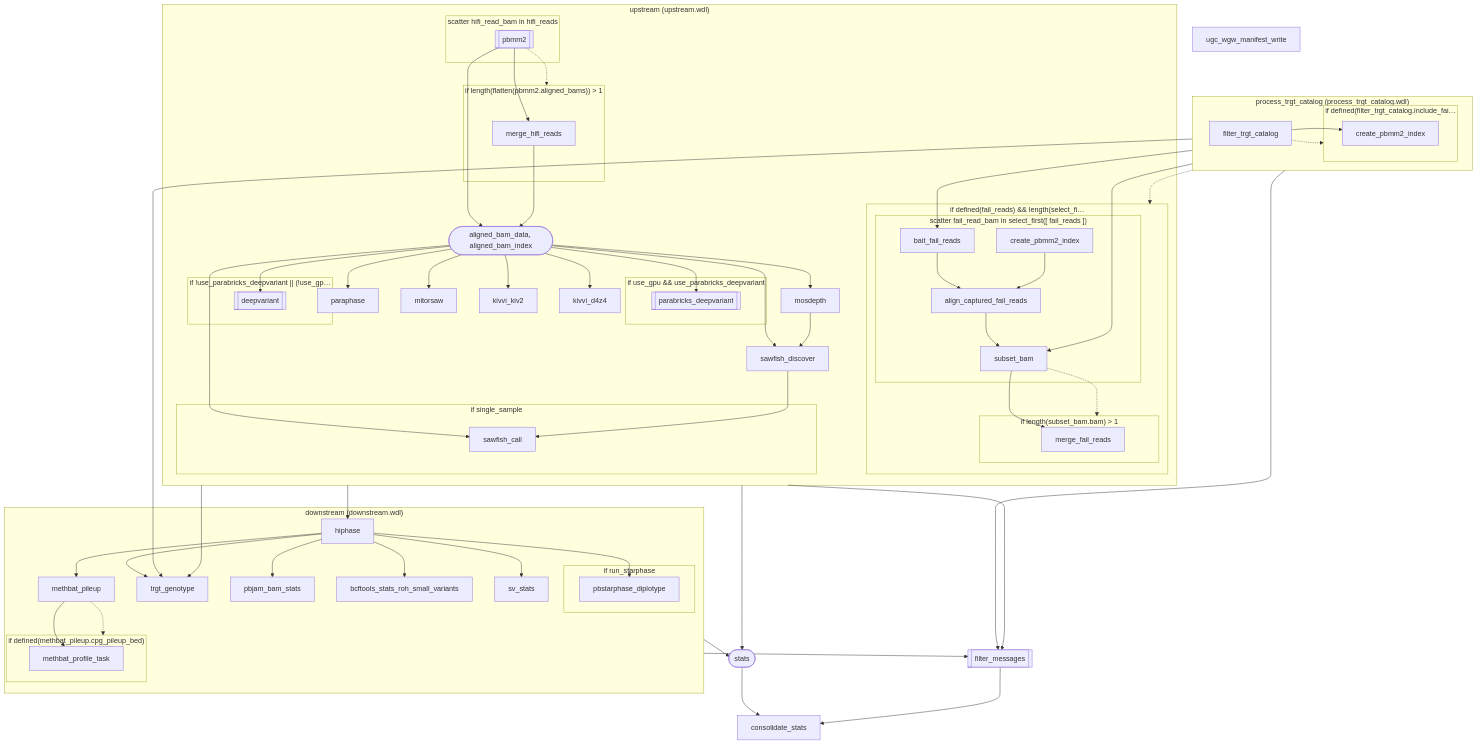
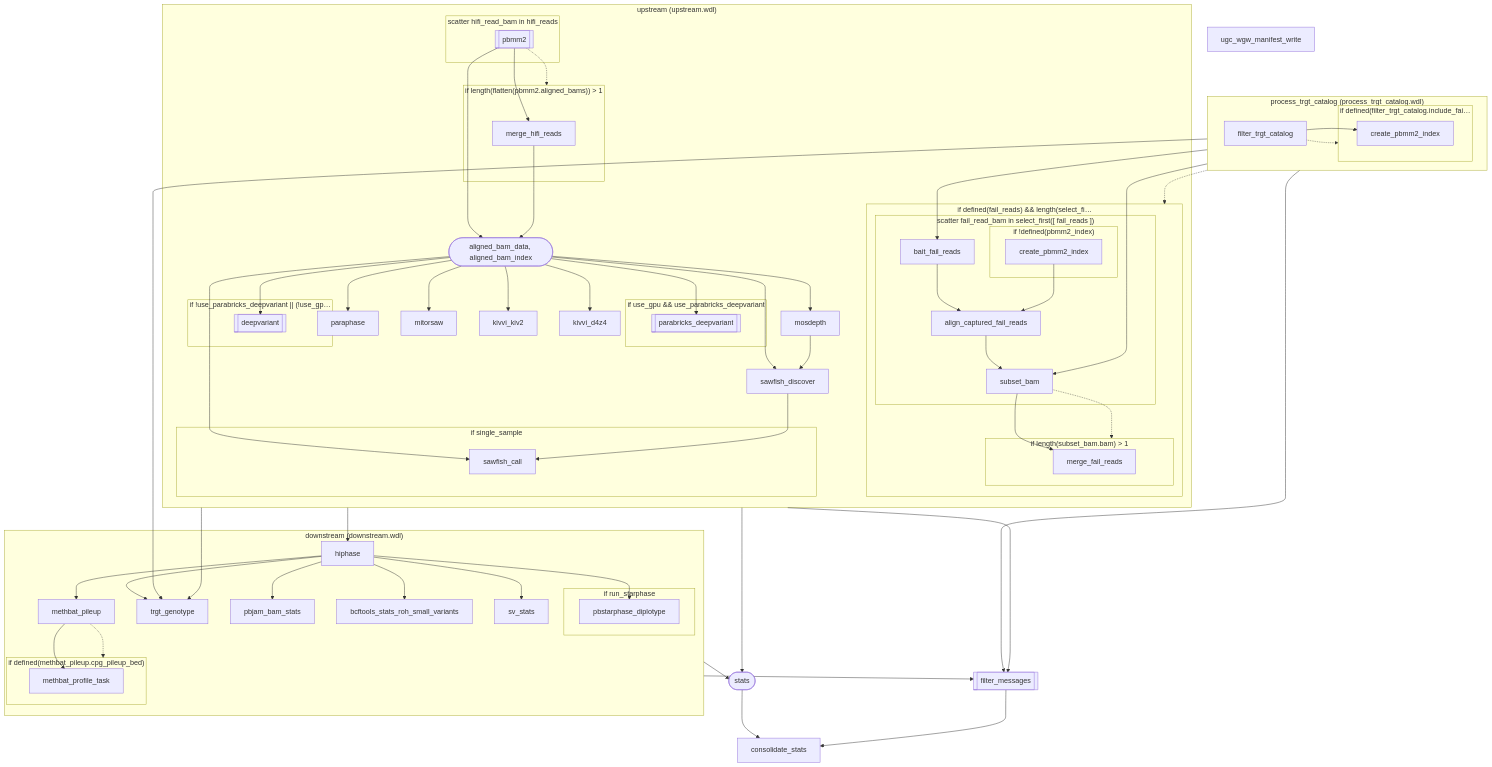
One commit to UppsalaGenomeCenter/ugc-wgw changed the first of 7 diagrams in docs/guide/workflow-graphs.md. Above: the diagram before and after it, drawn with Mermaid. The commit also changed other lines of this file and 17 other files, not shown here.

````diff
--- a/docs/guide/workflow-graphs.md
+++ b/docs/guide/workflow-graphs.md
@@ -66,11 +66,13 @@
     subgraph s8["if defined(fail_reads) #38;#38; length(select_fi…"]
       subgraph s9["scatter fail_read_bam in select_first([ fail_reads ])"]
         n10["bait_fail_reads"]
-        n11["create_pbmm2_index"]
+        subgraph s10["if !defined(pbmm2_index)"]
+          n11["create_pbmm2_index"]
+        end
         n12["align_captured_fail_reads"]
         n13["subset_bam"]
       end
-      subgraph s10["if length(subset_bam.bam) #gt; 1"]
+      subgraph s11["if length(subset_bam.bam) #gt; 1"]
         n14["merge_fail_reads"]
       end
     end
@@ -78,21 +80,21 @@
     n16["mitorsaw"]
     n17["kivvi_kiv2"]
     n18["kivvi_d4z4"]
-    subgraph s11["if single_sample"]
+    subgraph s12["if single_sample"]
       n19["sawfish_call"]
     end
   end
-  subgraph s12["downstream (downstream.wdl)"]
+  subgraph s13["downstream (downstream.wdl)"]
     n20["hiphase"]
     n21["trgt_genotype"]
     n22["pbjam_bam_stats"]
     n23["bcftools_stats_roh_small_variants"]
     n24["sv_stats"]
     n25["methbat_pileup"]
-    subgraph s13["if defined(methbat_pileup.cpg_pileup_bed)"]
+    subgraph s14["if defined(methbat_pileup.cpg_pileup_bed)"]
       n26["methbat_profile_task"]
     end
-    subgraph s14["if run_starphase"]
+    subgraph s15["if run_starphase"]
       n27["pbstarphase_diplotype"]
     end
   end
@@ -121,7 +123,7 @@
   n11 --> n12
   n12 --> n13
   n13 --> n14
-  n13 -.-> s10
+  n13 -.-> s11
   n20 --> n21
   n20 --> n22
   n20 --> n23
@@ -129,7 +131,7 @@
   n20 --> n25
   n20 --> n27
   n25 --> n26
-  n25 -.-> s13
+  n25 -.-> s14
   n28 --> n30
   n29 --> n30
   s1 --> n10
@@ -141,6 +143,6 @@
   s3 --> n21
   s3 --> n28
   s3 --> n29
-  s12 --> n28
-  s12 --> n29
+  s13 --> n28
+  s13 --> n29
 ```
````
